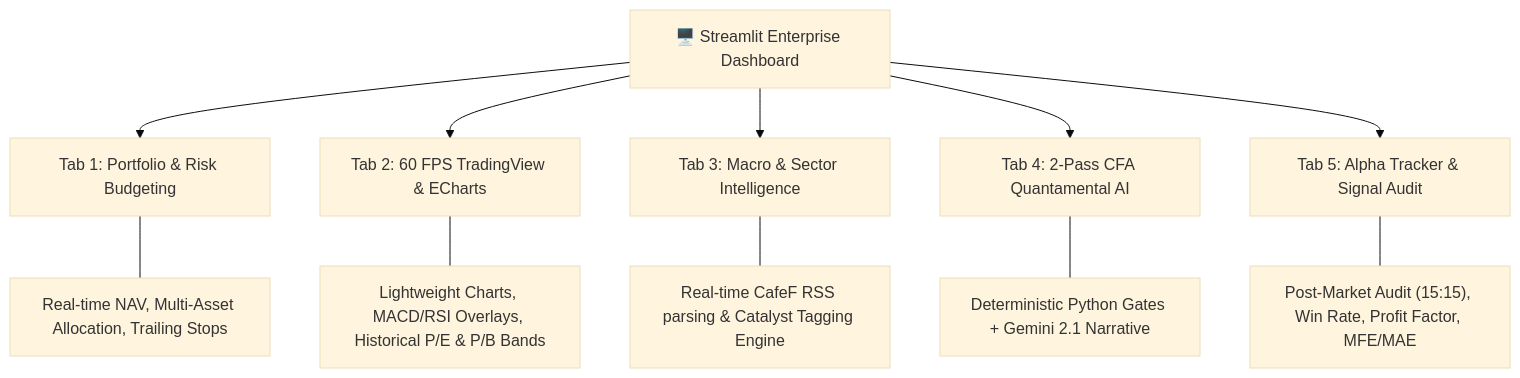
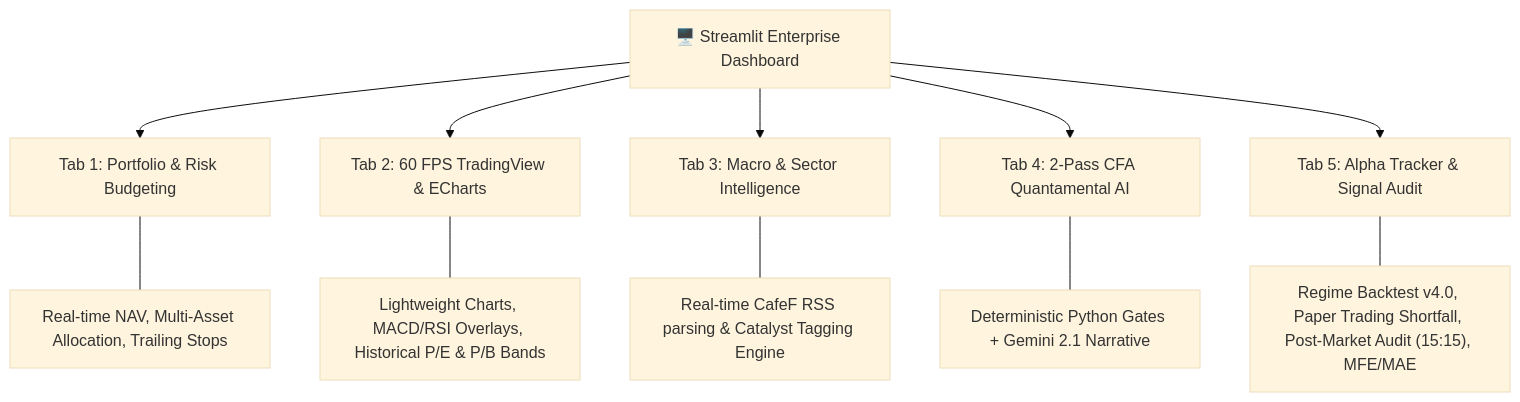
The third of 4 diagrams in README.md (VinhTung1410/Stock-AI), drawn with Mermaid (base theme) before and after one commit. The commit also changed other lines of this file and 14 other files, not shown here.

Commit message:
feat(quant): v4.5 Regime-First Alignment, Macro Circuit Breaker, Smart Money Flow & Drawdown Sizing (TASK-0006)

````diff
--- a/README.md
+++ b/README.md
@@ -182,15 +182,15 @@
 ```mermaid
 graph TD
     UI[🖥️ Streamlit Enterprise Dashboard]
     UI --> Tab1[Tab 1: Portfolio & Risk Budgeting]
     UI --> Tab2[Tab 2: 60 FPS TradingView & ECharts]
     UI --> Tab3[Tab 3: Macro & Sector Intelligence]
     UI --> Tab4[Tab 4: 2-Pass CFA Quantamental AI]
     UI --> Tab5[Tab 5: Alpha Tracker & Signal Audit]
 
     Tab1 --- T1_Desc["Real-time NAV, Multi-Asset Allocation, Trailing Stops"]
     Tab2 --- T2_Desc["Lightweight Charts, MACD/RSI Overlays, Historical P/E & P/B Bands"]
     Tab3 --- T3_Desc["Real-time CafeF RSS parsing & Catalyst Tagging Engine"]
     Tab4 --- T4_Desc["Deterministic Python Gates + Gemini 2.1 Narrative"]
-    Tab5 --- T5_Desc["Post-Market Audit (15:15), Win Rate, Profit Factor, MFE/MAE"]
+    Tab5 --- T5_Desc["Regime Backtest v4.0, Paper Trading Shortfall, Post-Market Audit (15:15), MFE/MAE"]
 ```
````
